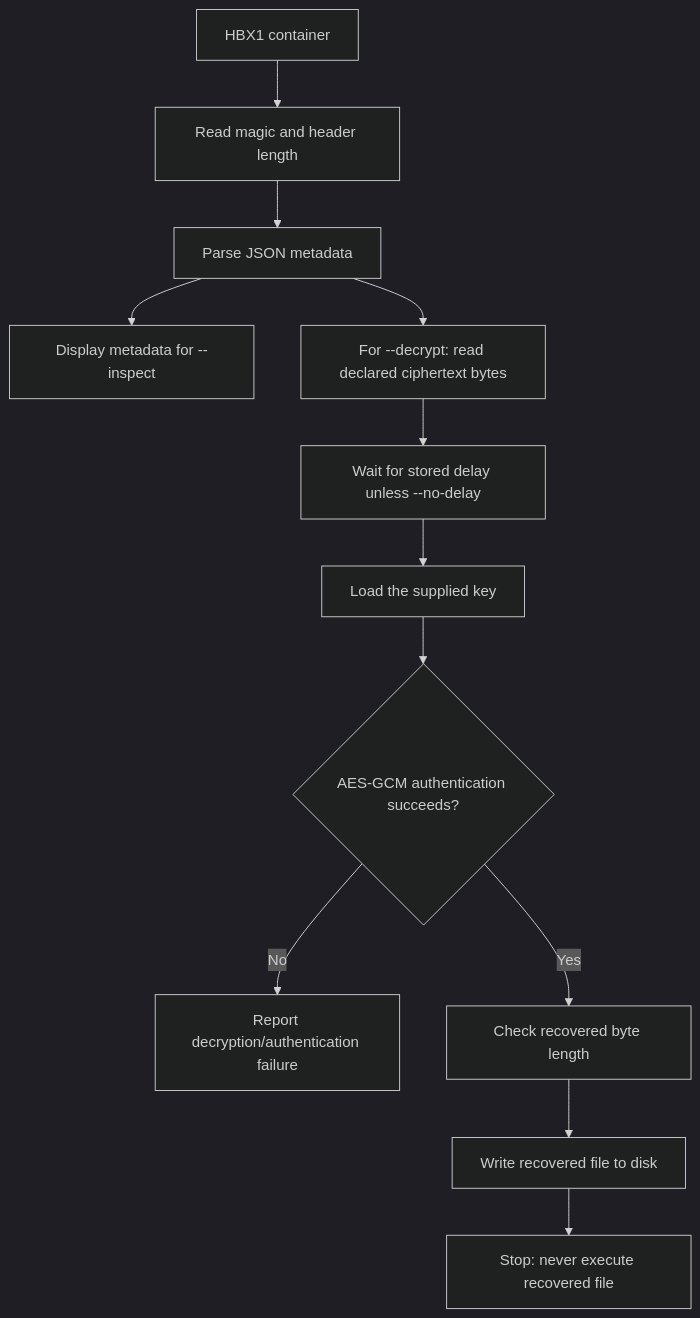
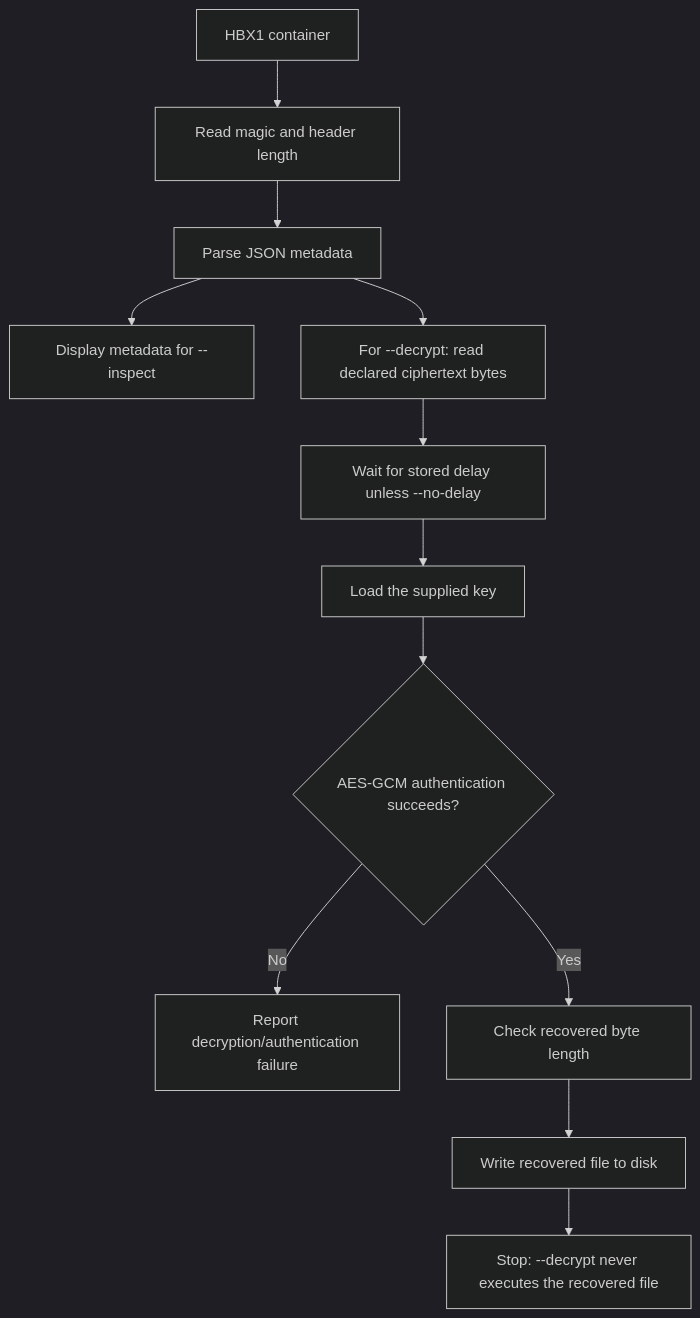
The fifth of 8 diagrams in README.md (fahdaguenouz/hidden-bytes), drawn with Mermaid (dark theme) before and after one commit. The commit also changed other lines of this file and 3 other files, not shown here.

````diff
--- a/README.md
+++ b/README.md
@@ -489,14 +698,14 @@
 ```mermaid
 flowchart TD
     A[HBX1 container] --> B[Read magic and header length]
     B --> C[Parse JSON metadata]
     C --> D[Display metadata for --inspect]
     C --> E[For --decrypt: read declared ciphertext bytes]
     E --> F[Wait for stored delay unless --no-delay]
     F --> G[Load the supplied key]
     G --> H{AES-GCM authentication succeeds?}
     H -- No --> I[Report decryption/authentication failure]
     H -- Yes --> J[Check recovered byte length]
     J --> K[Write recovered file to disk]
-    K --> L[Stop: never execute recovered file]
+    K --> L[Stop: --decrypt never executes the recovered file]
 ```
````
